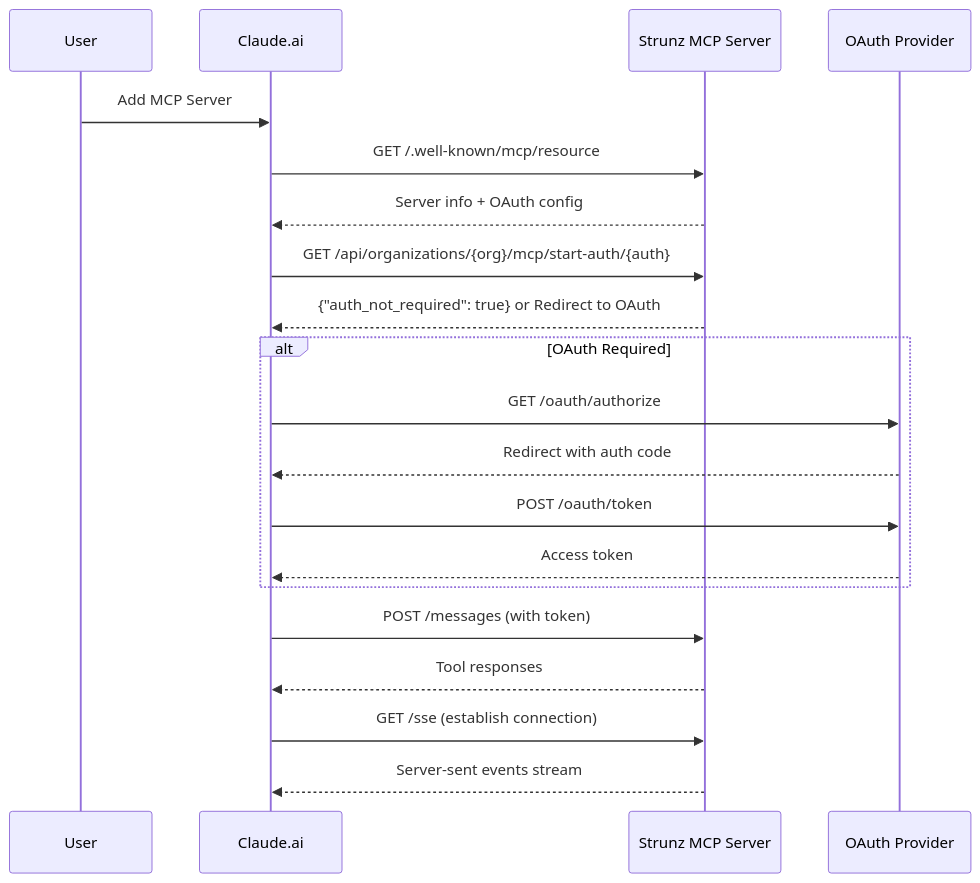
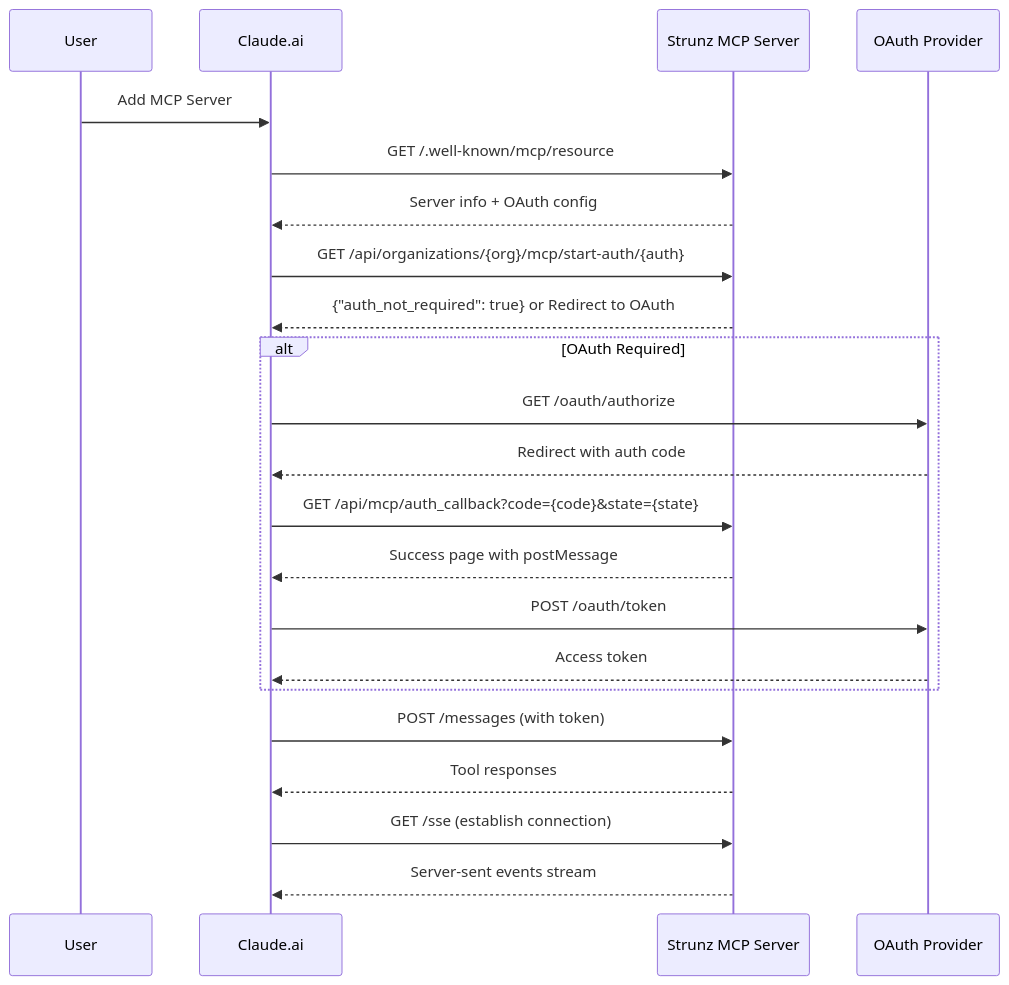
One commit to longevitycoach/StrunzKnowledge changed diagram 17 of 26 in README.md. Above: the diagram before and after it, drawn with Mermaid. The commit also changed other lines of this file and 3 other files, not shown here.

````diff
--- a/README.md
+++ b/README.md
@@ -1326,27 +1326,29 @@
 ```mermaid
 sequenceDiagram
     participant User
     participant Claude as Claude.ai
     participant MCP as Strunz MCP Server
     participant OAuth as OAuth Provider
     
     User->>Claude: Add MCP Server
     Claude->>MCP: GET /.well-known/mcp/resource
     MCP-->>Claude: Server info + OAuth config
     
     Claude->>MCP: GET /api/organizations/{org}/mcp/start-auth/{auth}
     MCP-->>Claude: {"auth_not_required": true} or Redirect to OAuth
     
     alt OAuth Required
         Claude->>OAuth: GET /oauth/authorize
         OAuth-->>Claude: Redirect with auth code
+        Claude->>MCP: GET /api/mcp/auth_callback?code={code}&state={state}
+        MCP-->>Claude: Success page with postMessage
         Claude->>OAuth: POST /oauth/token
         OAuth-->>Claude: Access token
     end
     
     Claude->>MCP: POST /messages (with token)
     MCP-->>Claude: Tool responses
     
     Claude->>MCP: GET /sse (establish connection)
     MCP-->>Claude: Server-sent events stream
 ```
````
